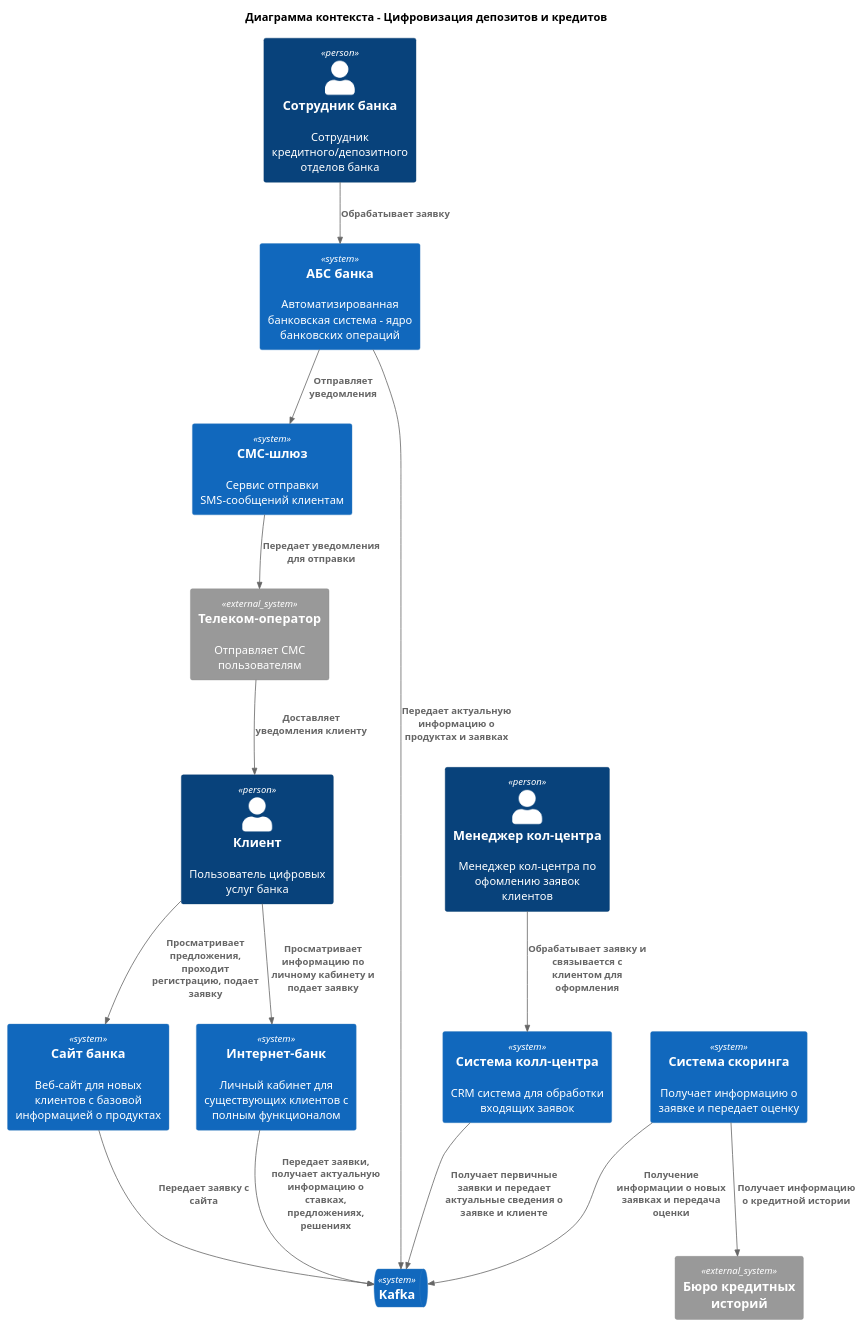
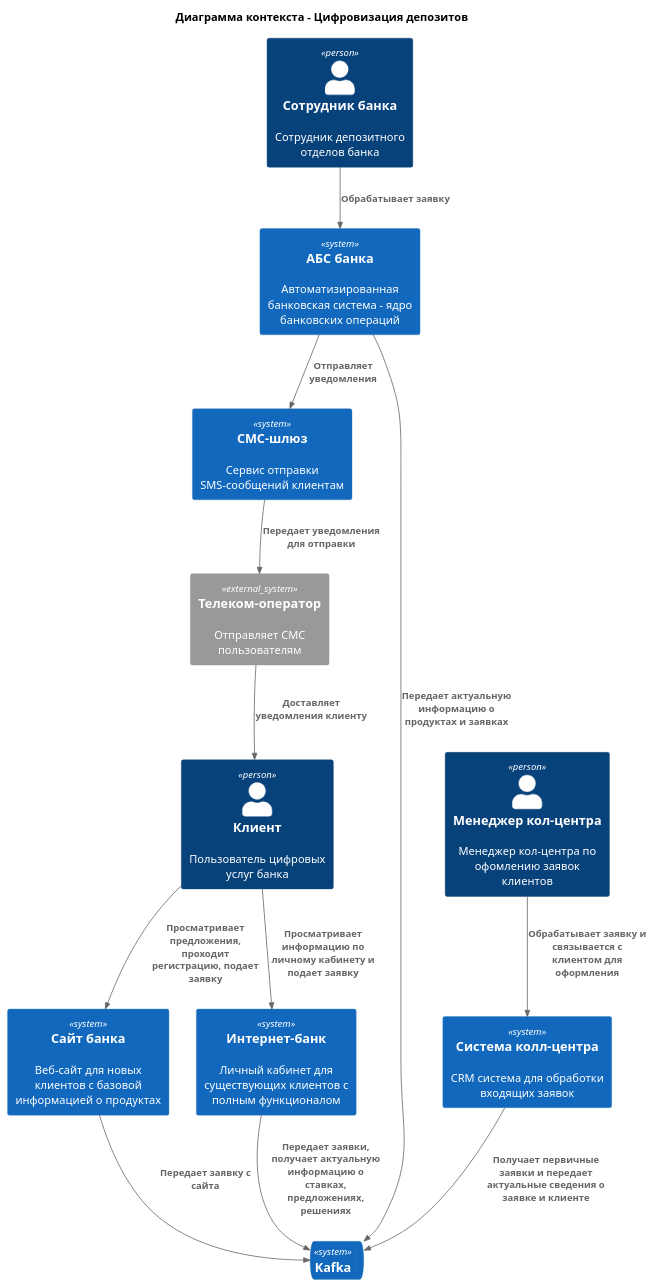
The diagram in Task3/diagrams/Context.puml (xSparKIx/architecture-pro-standart), drawn with PlantUML before and after one commit. The commit also changed 18 other files, not shown here.

```diff
--- a/Task3/diagrams/Context.puml
+++ b/Task3/diagrams/Context.puml
@@ -1,44 +1,40 @@
 @startuml context_diagram
 
 !include ../templates/C4_Context.puml
-' @todo Убрать от сюда кредиты и оставить только депозиты
-title Диаграмма контекста - Цифровизация депозитов и кредитов
+
+title Диаграмма контекста - Цифровизация депозитов
 
 Person(client, "Клиент", "Пользователь цифровых услуг банка")
-Person(manager, "Сотрудник банка", "Сотрудник кредитного/депозитного отделов банка")
+Person(manager, "Сотрудник банка", "Сотрудник депозитного отделов банка")
 Person(CallManager, "Менеджер кол-центра", "Менеджер кол-центра по офомлению заявок клиентов")
 
 System(site, "Сайт банка", "Веб-сайт для новых клиентов с базовой информацией о продуктах")
 System(InternetBank, "Интернет-банк", "Личный кабинет для существующих клиентов с полным функционалом")
 System(abc, "АБС банка", "Автоматизированная банковская система - ядро банковских операций")
 System(CallCenter, "Система колл-центра", "CRM система для обработки входящих заявок")
 System(SMSGateway, "СМС-шлюз", "Сервис отправки SMS-сообщений клиентам")
 System_Ext(SMSService, "Телеком-оператор", "Отправляет СМС пользователям")
-System_Ext(KreditHistorySystem, "Бюро кредитных историй")
-System(ScoringSystem, "Система скоринга", "Получает информацию о заявке и передает оценку")
 
 SystemQueue(broker, "Kafka")
 
 ' Связи клиента
 Rel(client, site, "Просматривает предложения, проходит регистрацию, подает заявку")
 Rel(client, InternetBank, "Просматривает информацию по личному кабинету и подает заявку")
 Rel(SMSService, client, "Доставляет уведомления клиенту")
 
 ' Связи кол-центра
 Rel(site, broker, "Передает заявку с сайта")
 Rel(CallManager, CallCenter, "Обрабатывает заявку и связывается с клиентом для оформления")
 Rel(CallCenter, broker, "Получает первичные заявки и передает актуальные сведения о заявке и клиенте")
 
 ' Связи АБС
 Rel(manager, abc, "Обрабатывает заявку")
 Rel(abc, SMSGateway, "Отправляет уведомления")
 Rel(abc, broker, "Передает актуальную информацию о продуктах и заявках")
 
 ' Связи интернет-банка
 Rel(InternetBank, broker, "Передает заявки, получает актуальную информацию о ставках, предложениях, решениях")
 
 Rel(SMSGateway, SMSService, "Передает уведомления для отправки")
-Rel(ScoringSystem, broker, "Получение информации о новых заявках и передача оценки")
-Rel(ScoringSystem, KreditHistorySystem, "Получает информацию о кредитной истории")
 
 @enduml
```
